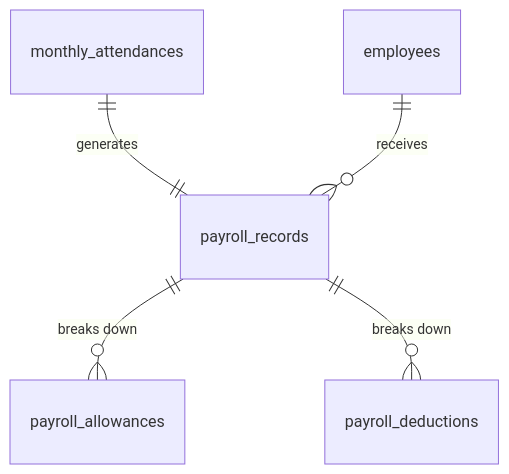
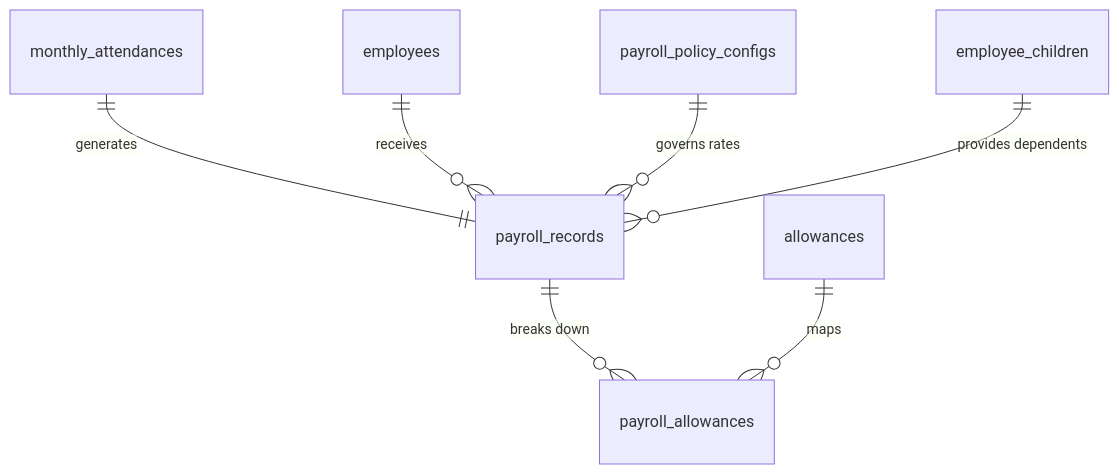
Before and after one commit to hungpd9/smartHr: the first of 2 diagrams in docs/modules/07_payroll.md, drawn with Mermaid. The commit also changed other lines of this file and 107 other files, not shown here.

````diff
--- a/docs/modules/07_payroll.md
+++ b/docs/modules/07_payroll.md
@@ -40,7 +39,9 @@
 ```mermaid
 erDiagram
     monthly_attendances ||--|| payroll_records : "generates"
     employees ||--o{ payroll_records : "receives"
     payroll_records ||--o{ payroll_allowances : "breaks down"
-    payroll_records ||--o{ payroll_deductions : "breaks down"
+    payroll_policy_configs ||--o{ payroll_records : "governs rates"
+    allowances ||--o{ payroll_allowances : "maps"
+    employee_children ||--o{ payroll_records : "provides dependents"
 ```
````
